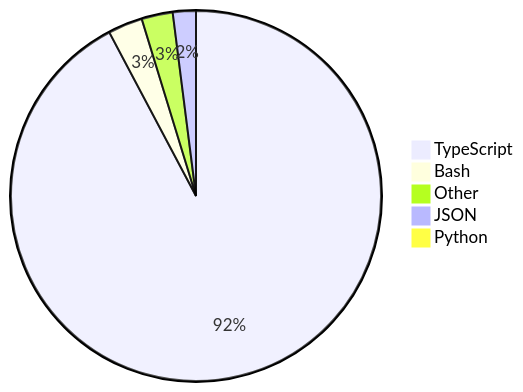
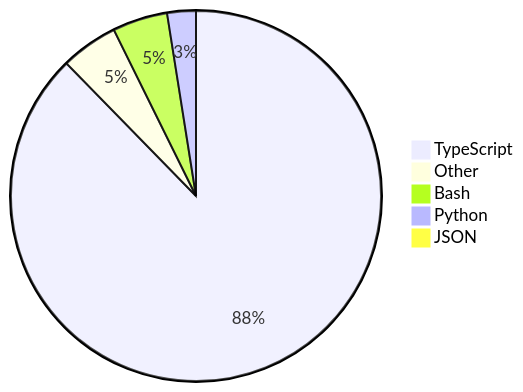
Before and after one commit to skvggor/skvggor: the diagram in README.md, drawn with Mermaid.

Commit message:
Updated waka-readme graph with new metrics

````diff
--- a/README.md
+++ b/README.md
@@ -28,8 +28,8 @@
 ```mermaid
 pie
-    "TypeScript" : 91.6
-    "Bash" : 3.0
-    "Other" : 2.7
-    "JSON" : 2.0
-    "Python" : 0.5
+    "TypeScript" : 87.6
+    "Other" : 5.0
+    "Bash" : 4.8
+    "Python" : 2.5
+    "JSON" : 0.0
 ```
````
